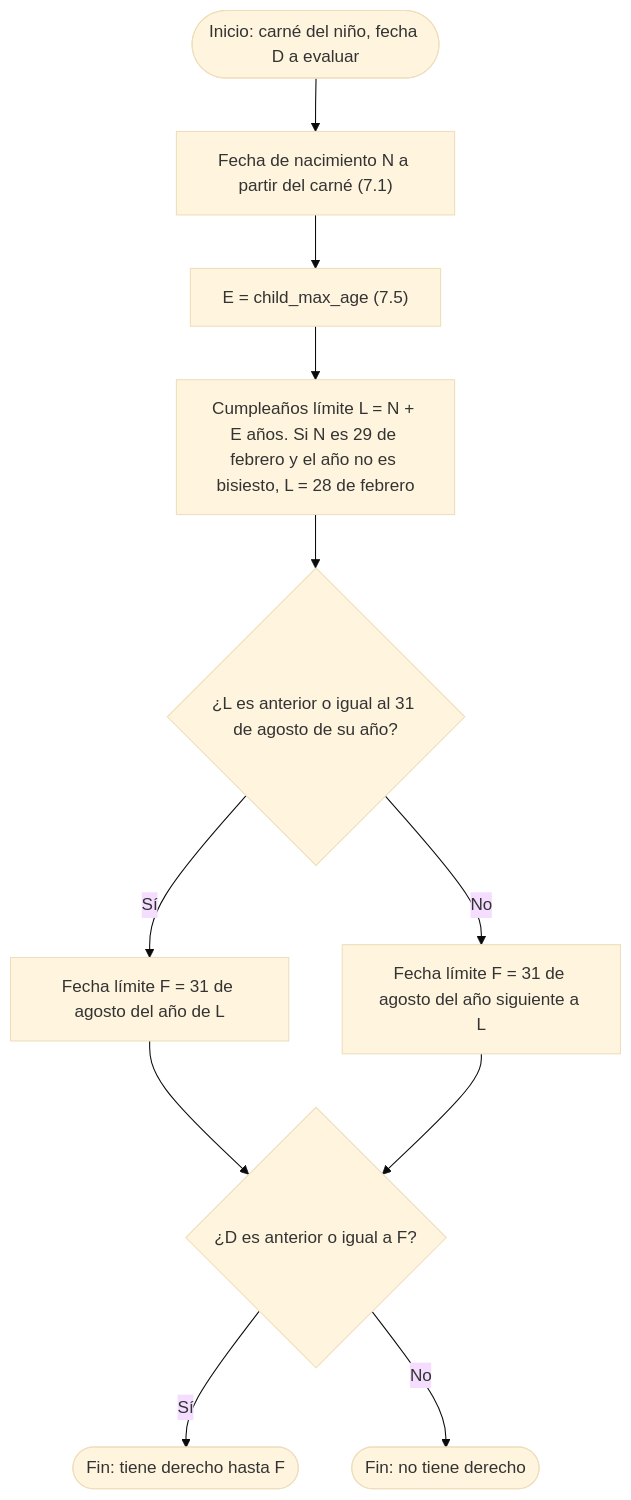
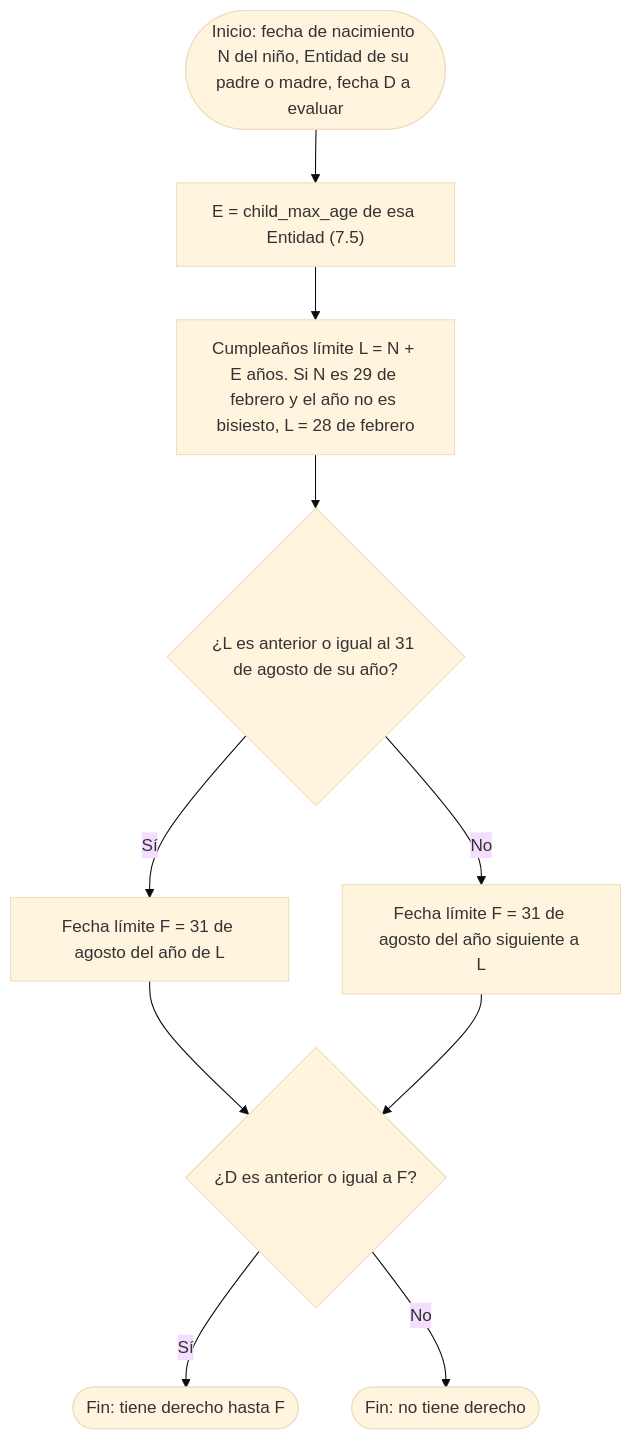
Before and after one commit to maicolalmaralestamayo/MiRuta: the ninth of 30 diagrams in docs/07-algoritmos.md, drawn with Mermaid (base theme). The commit also changed other lines of this file and 10 other files, not shown here.

````diff
--- a/docs/07-algoritmos.md
+++ b/docs/07-algoritmos.md
@@ -251,13 +246,12 @@
 ```mermaid
 flowchart TD
-    A(["Inicio: carné del niño, fecha D a evaluar"]) --> B["Fecha de nacimiento N a partir del carné (7.1)"]
-    B --> C["E = child_max_age (7.5)"]
+    A(["Inicio: fecha de nacimiento N del niño, Entidad de su padre o madre, fecha D a evaluar"]) --> C["E = child_max_age de esa Entidad (7.5)"]
     C --> D["Cumpleaños límite L = N + E años. Si N es 29 de febrero y el año no es bisiesto, L = 28 de febrero"]
     D --> F{"¿L es anterior o igual al 31 de agosto de su año?"}
     F -->|Sí| G["Fecha límite F = 31 de agosto del año de L"]
     F -->|No| H["Fecha límite F = 31 de agosto del año siguiente a L"]
     G --> I{"¿D es anterior o igual a F?"}
     H --> I
     I -->|Sí| J(["Fin: tiene derecho hasta F"])
     I -->|No| K(["Fin: no tiene derecho"])
 ```
````
